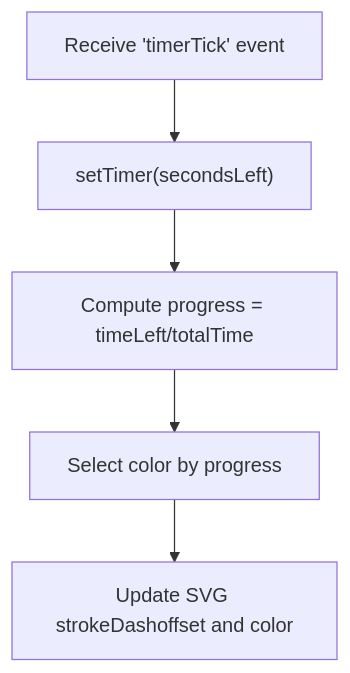
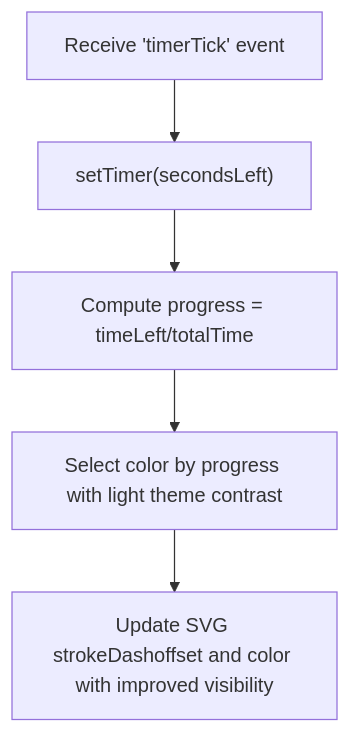
One commit to sparshgupta001/imposter_game changed the fifth of 10 diagrams in .qoder/repowiki/en/content/Game Screens and UI Components/Discussion Screen.md. Above: the diagram before and after it, drawn with Mermaid. The commit also changed other lines of this file and 22 other files, not shown here.

````diff
--- a/.qoder/repowiki/en/content/Game Screens and UI Components/Discussion Screen.md
+++ b/.qoder/repowiki/en/content/Game Screens and UI Components/Discussion Screen.md
@@ -222,7 +234,7 @@
 ```mermaid
 flowchart TD
 Tick["Receive 'timerTick' event"] --> Update["setTimer(secondsLeft)"]
 Update --> Recalc["Compute progress = timeLeft/totalTime"]
-Recalc --> Color["Select color by progress"]
-Color --> Draw["Update SVG strokeDashoffset and color"]
+Recalc --> Color["Select color by progress with light theme contrast"]
+Color --> Draw["Update SVG strokeDashoffset and color with improved visibility"]
 ```
````
